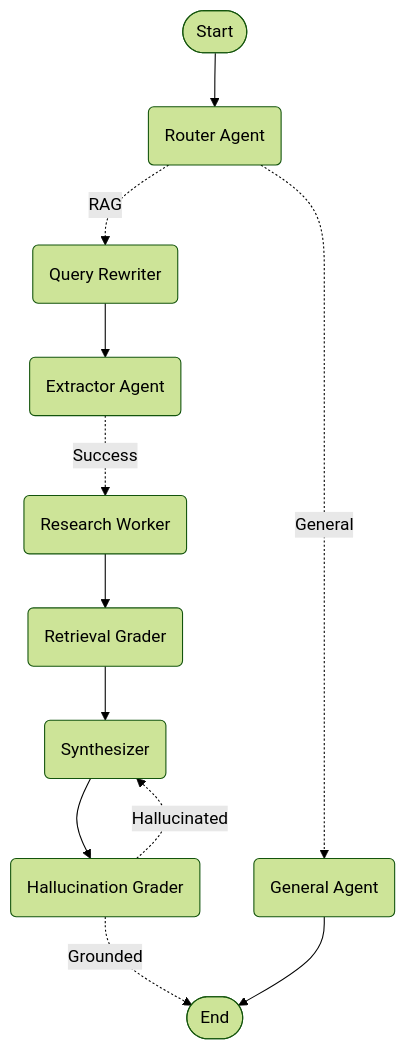
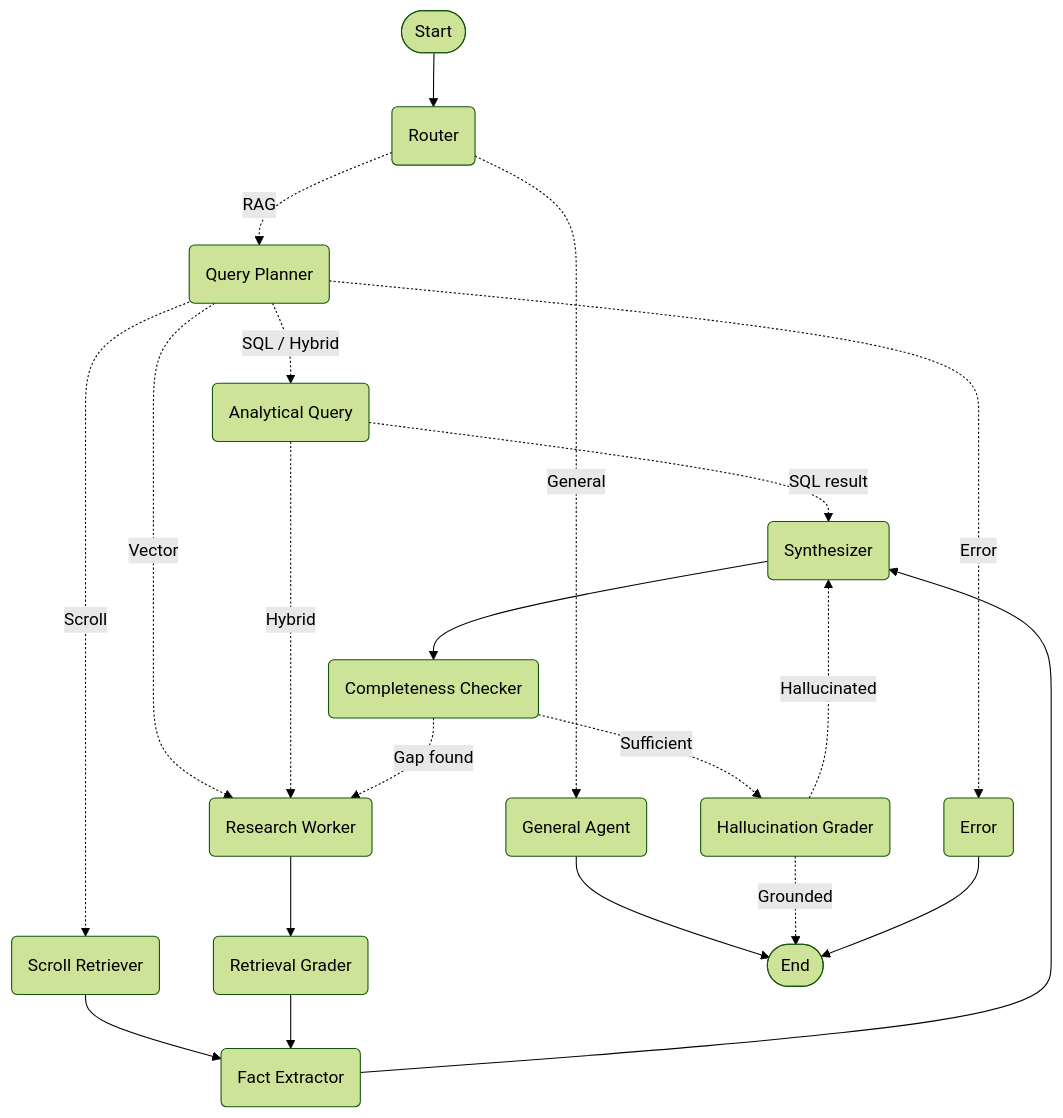
The diagram in README.md (dvlastnik/rag-mendelu), drawn with Mermaid (forest theme) before and after one commit. The commit also changed other lines of this file and 25 other files, not shown here.

````diff
--- a/README.md
+++ b/README.md
@@ -107,25 +147,38 @@
 ```mermaid
 graph TD
     Start([Start]):::first
-    router(Router Agent)
+    router(Router)
     general(General Agent)
-    rewriter(Query Rewriter)
-    extractor(Extractor Agent)
+    planner(Query Planner)
+    analytical(Analytical Query)
     worker(Research Worker)
+    scroll(Scroll Retriever)
     grader(Retrieval Grader)
+    extractor(Fact Extractor)
+    synth(Synthesizer)
+    completeness(Completeness Checker)
     hallucination(Hallucination Grader)
-    synth(Synthesizer)
+    error(Error)
     End([End]):::last
 
-    Start --> router    
+    Start --> router
     router -.->|General| general
-    router -.->|RAG| rewriter
-    rewriter --> extractor
-    extractor -.->|Success| worker
+    router -.->|RAG| planner
+    general --> End
+    planner -.->|SQL / Hybrid| analytical
+    planner -.->|Vector| worker
+    planner -.->|Scroll| scroll
+    planner -.->|Error| error
+    analytical -.->|SQL result| synth
+    analytical -.->|Hybrid| worker
     worker --> grader
-    grader --> synth
-    synth --> hallucination
+    scroll --> extractor
+    grader --> extractor
+    extractor --> synth
+    synth --> completeness
+    completeness -.->|Sufficient| hallucination
+    completeness -.->|Gap found| worker
     hallucination -.->|Grounded| End
     hallucination -.->|Hallucinated| synth
-    general --> End
+    error --> End
 ```
````
